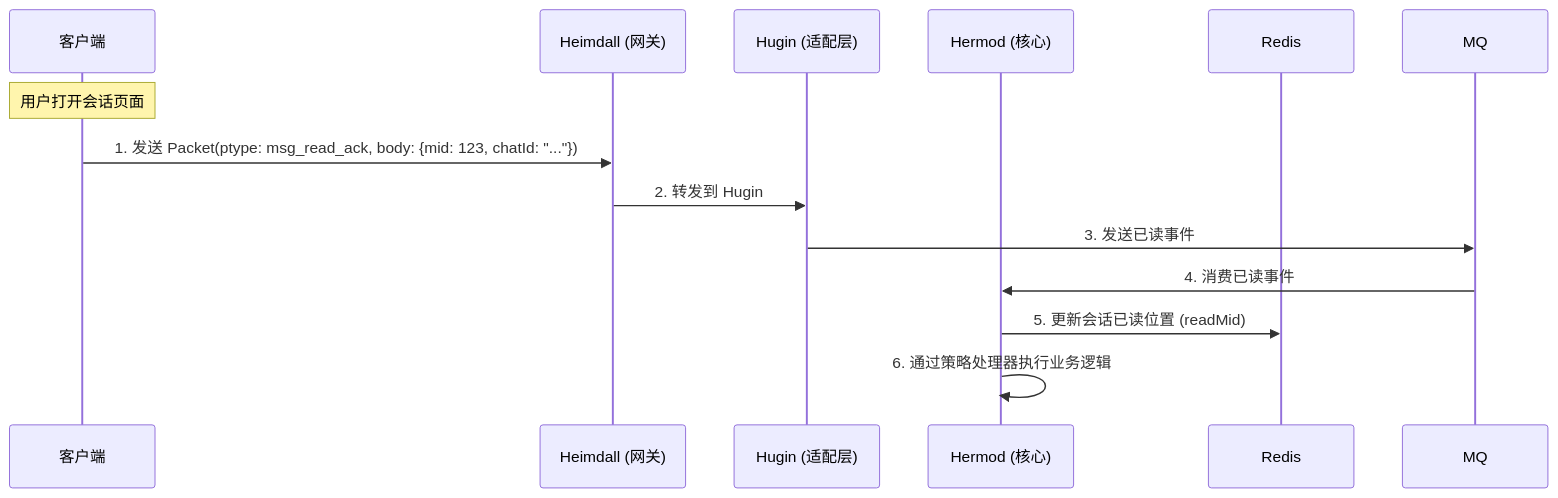
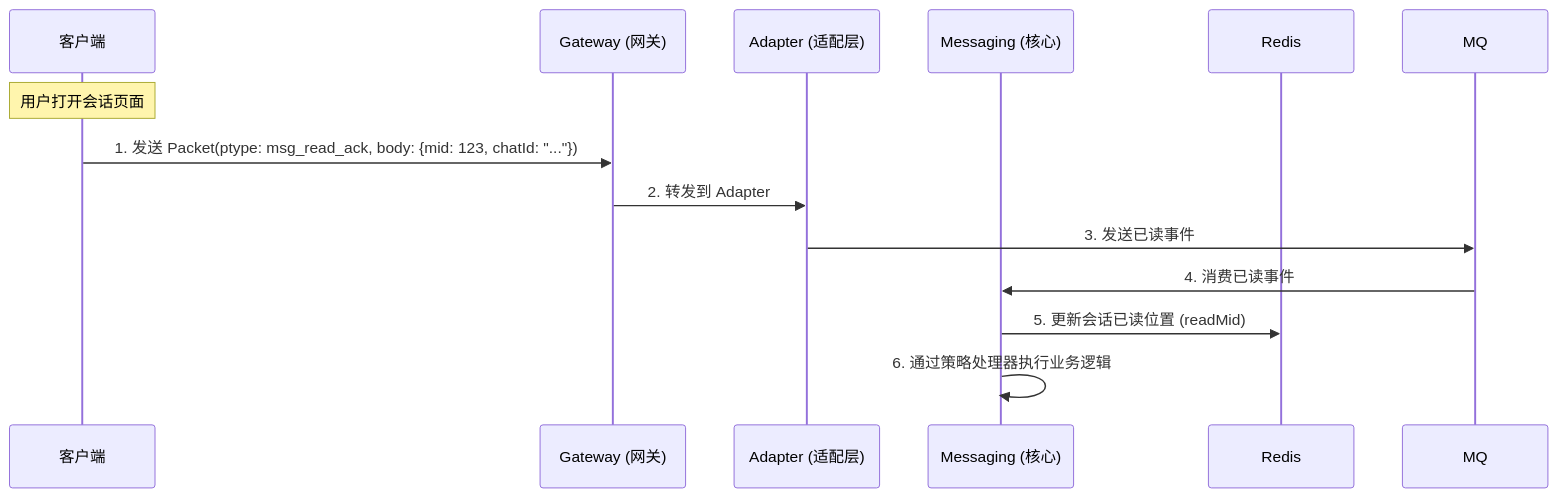
Before and after one commit to givingwu/bifrost-chat: the sixth of 13 diagrams in specs/bifrost-client-integration-guide.md, drawn with Mermaid. The commit also changed other lines of this file and 53 other files, not shown here.

````diff
--- a/specs/bifrost-client-integration-guide.md
+++ b/specs/bifrost-client-integration-guide.md
@@ -892,16 +892,16 @@
 ```mermaid
 sequenceDiagram
     participant C as 客户端
-    participant H as Heimdall (网关)
-    participant HG as Hugin (适配层)
-    participant HM as Hermod (核心)
+    participant H as Gateway (网关)
+    participant HG as Adapter (适配层)
+    participant HM as Messaging (核心)
     participant R as Redis
 
     Note over C: 用户打开会话页面
     C->>H: 1. 发送 Packet(ptype: msg_read_ack, body: {mid: 123, chatId: "..."})
-    H->>HG: 2. 转发到 Hugin
+    H->>HG: 2. 转发到 Adapter
     HG->>MQ: 3. 发送已读事件
     MQ->>HM: 4. 消费已读事件
     HM->>R: 5. 更新会话已读位置 (readMid)
     HM->>HM: 6. 通过策略处理器执行业务逻辑
 ```
````
